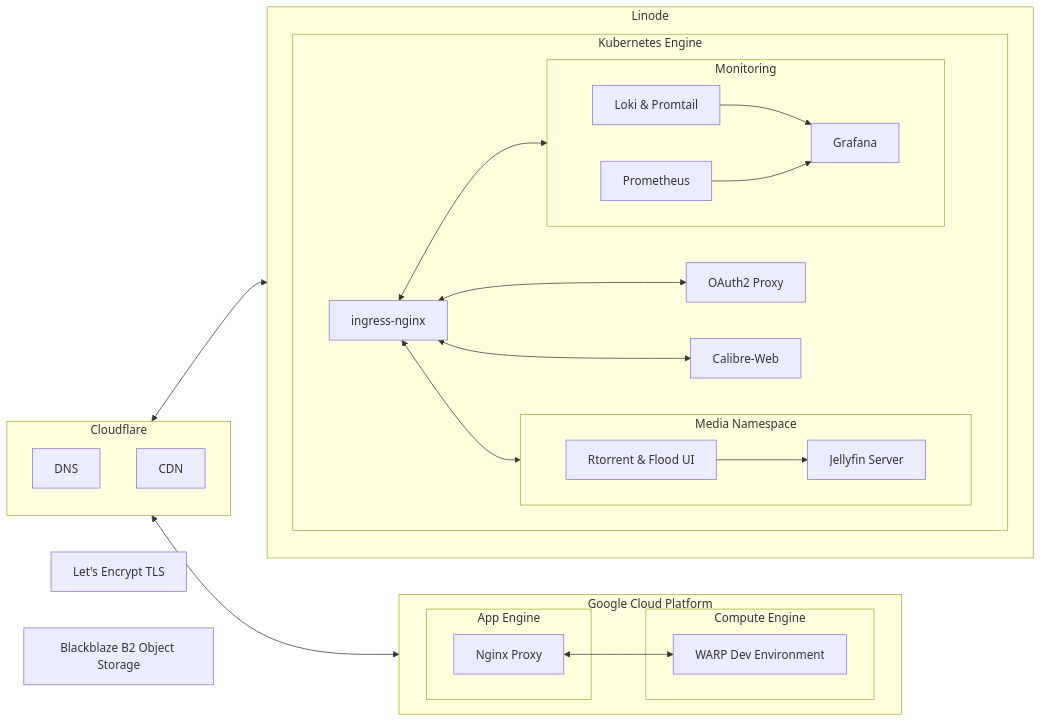
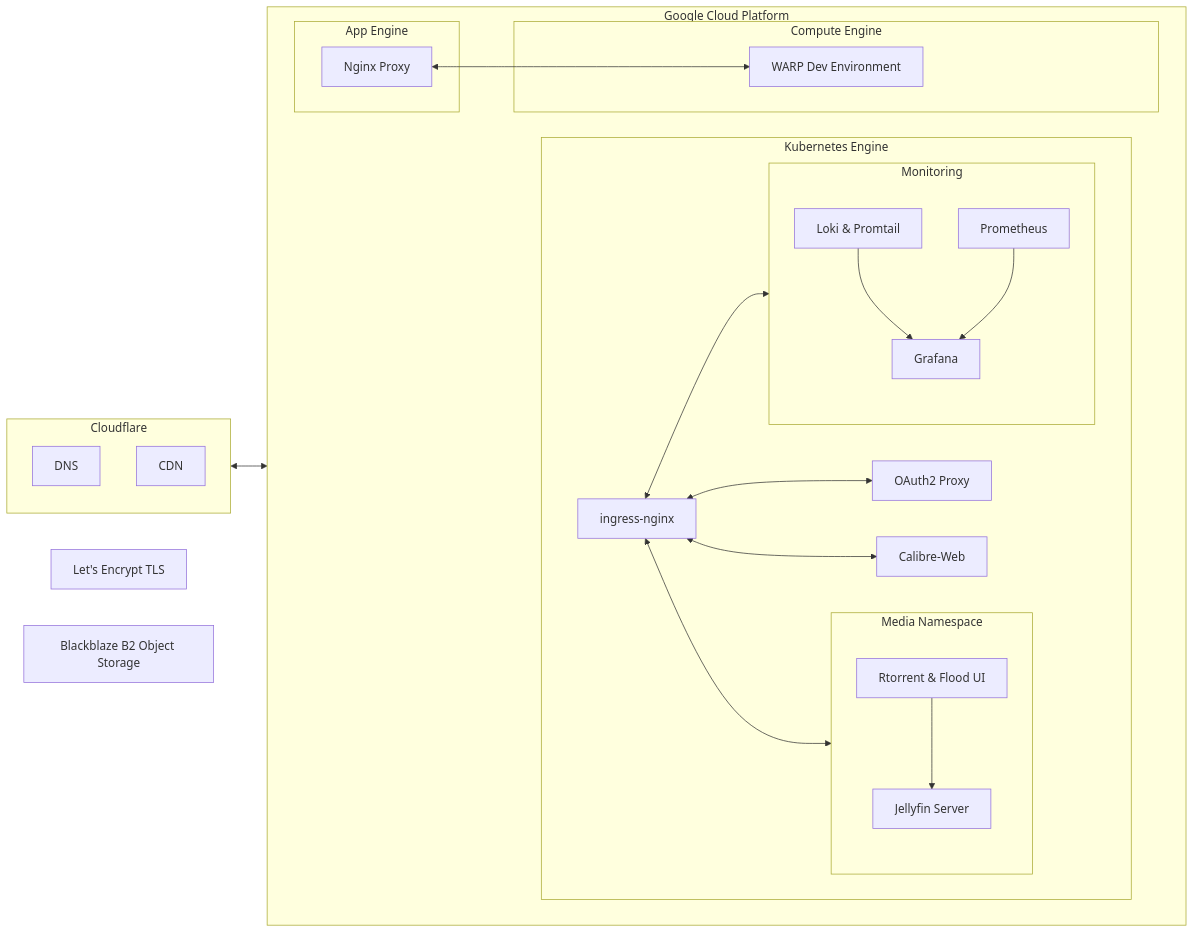
One commit to mrzzy/nimbus changed the diagram in README.md. Above: the diagram before and after it, drawn with Mermaid. The commit also changed other lines of this file and 49 other files, not shown here.

First line of the commit message:
refactor!: Migrate K8s deployment from Linode LKE to GCP GKE (#250)

````diff
--- a/README.md
+++ b/README.md
@@ -13,39 +13,39 @@
 ```mermaid
 flowchart LR
     tls[Let's Encrypt TLS]
     b2[Blackblaze B2 Object Storage]
 
     subgraph cf[Cloudflare]
         direction TB
         DNS
         CDN
     end
 
-    cf[Cloudflare] <--> linode & gcp
+    cf[Cloudflare] <--> gcp
 
     subgraph gcp[Google Cloud Platform]
         direction LR
         subgraph gae[App Engine]
             proxy[Nginx Proxy]
         end
         subgraph gce[Compute Engine]
             dev-env[WARP Dev Environment]
         end
         proxy <--> dev-env
-    end
-    subgraph linode[Linode]
-        subgraph lke[Kubernetes Engine]
+
+        subgraph k8s[Kubernetes Engine]
             direction LR
+
             ingress[ingress-nginx] <--> oauth[OAuth2 Proxy]
             ingress <--> media & monitoring & calibre-web[Calibre-Web]
             subgraph media[Media Namespace]
                 torrent[Rtorrent & Flood UI] -->  media-svr[Jellyfin Server]
             end
             subgraph monitoring[Monitoring]
                 log[Loki & Promtail]
                 metrics[Prometheus]
                 log & metrics --> dashboard[Grafana]
             end
         end
     end
 ```
````
